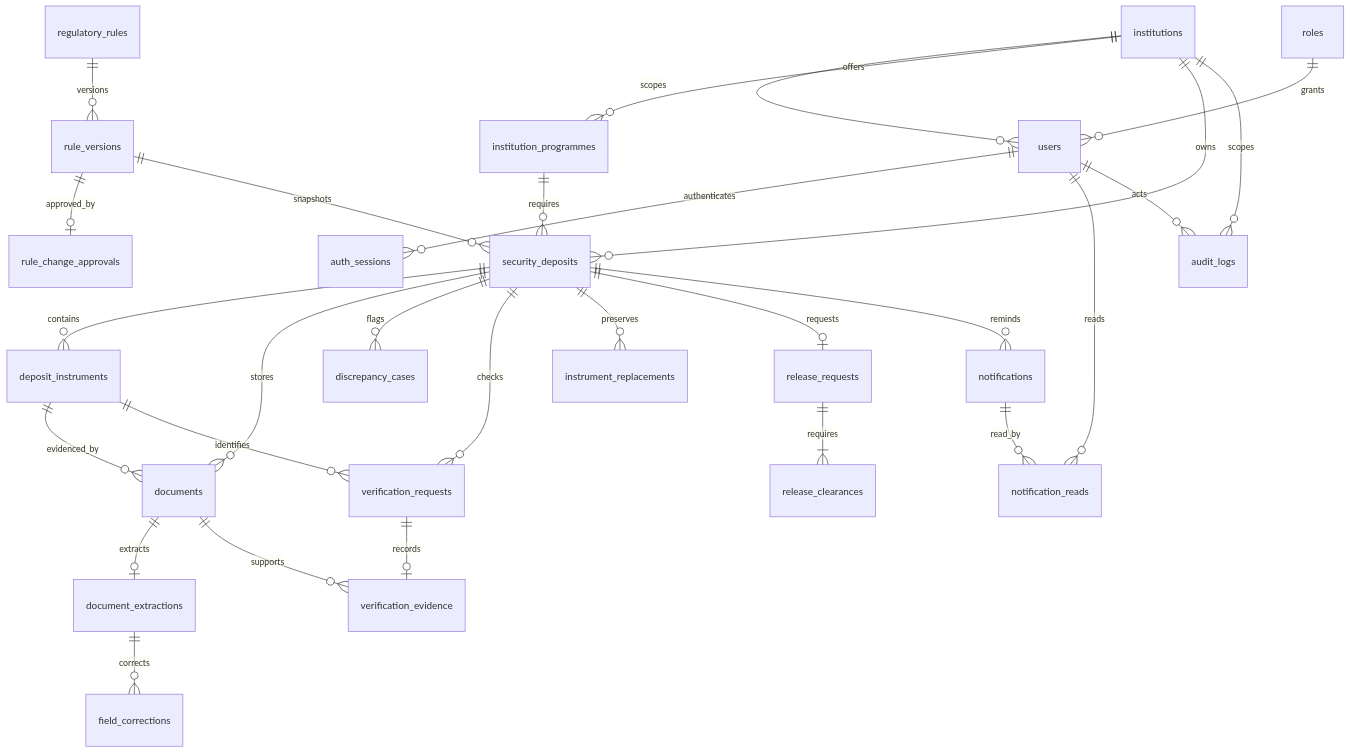
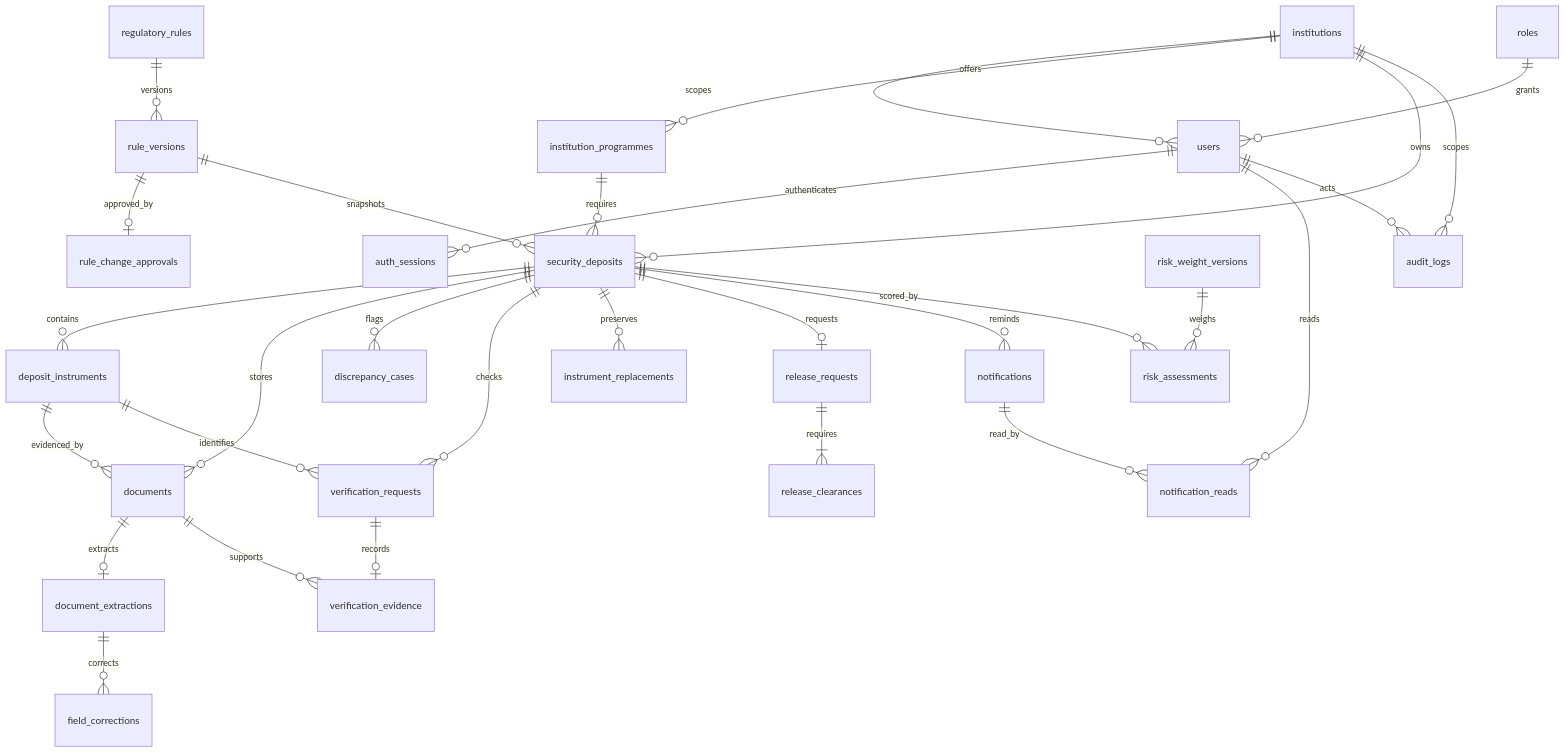
The diagram in docs/DATABASE.md (Ironankit525/SIH_FDR), drawn with Mermaid before and after one commit. The commit also changed 6 other files, not shown here.

First line of the commit message:
Document the risk engine, API additions and current schema

````diff
--- a/docs/DATABASE.md
+++ b/docs/DATABASE.md
@@ -5,30 +5,32 @@
 ```mermaid
 erDiagram
   roles ||--o{ users : grants
   institutions ||--o{ users : scopes
   institutions ||--o{ institution_programmes : offers
   users ||--o{ auth_sessions : authenticates
   regulatory_rules ||--o{ rule_versions : versions
   rule_versions ||--o| rule_change_approvals : approved_by
   institution_programmes ||--o{ security_deposits : requires
   institutions ||--o{ security_deposits : owns
   rule_versions ||--o{ security_deposits : snapshots
   security_deposits ||--o{ deposit_instruments : contains
   security_deposits ||--o{ documents : stores
   deposit_instruments ||--o{ documents : evidenced_by
   documents ||--o| document_extractions : extracts
   document_extractions ||--o{ field_corrections : corrects
   security_deposits ||--o{ discrepancy_cases : flags
   security_deposits ||--o{ verification_requests : checks
   deposit_instruments ||--o{ verification_requests : identifies
   verification_requests ||--o| verification_evidence : records
   documents ||--o{ verification_evidence : supports
   security_deposits ||--o{ instrument_replacements : preserves
   security_deposits ||--o| release_requests : requests
   release_requests ||--|{ release_clearances : requires
   security_deposits ||--o{ notifications : reminds
   notifications ||--o{ notification_reads : read_by
+  security_deposits ||--o{ risk_assessments : scored_by
+  risk_weight_versions ||--o{ risk_assessments : weighs
   users ||--o{ notification_reads : reads
   users ||--o{ audit_logs : acts
   institutions ||--o{ audit_logs : scopes
 ```
````
